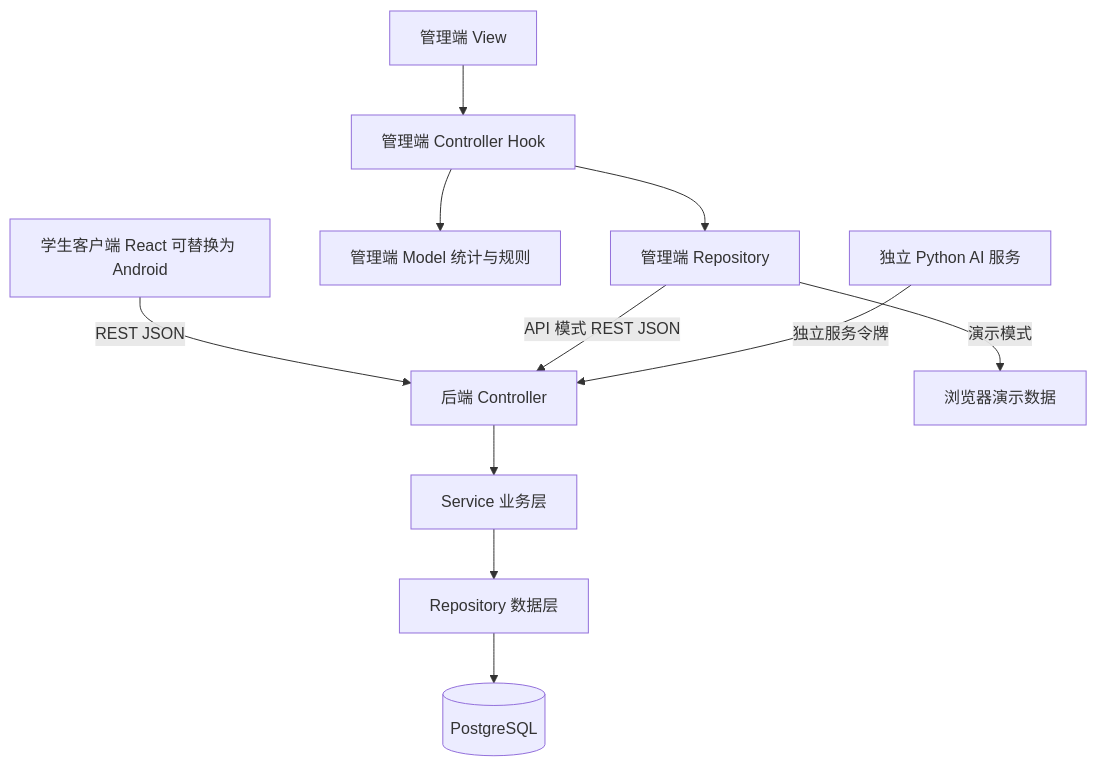
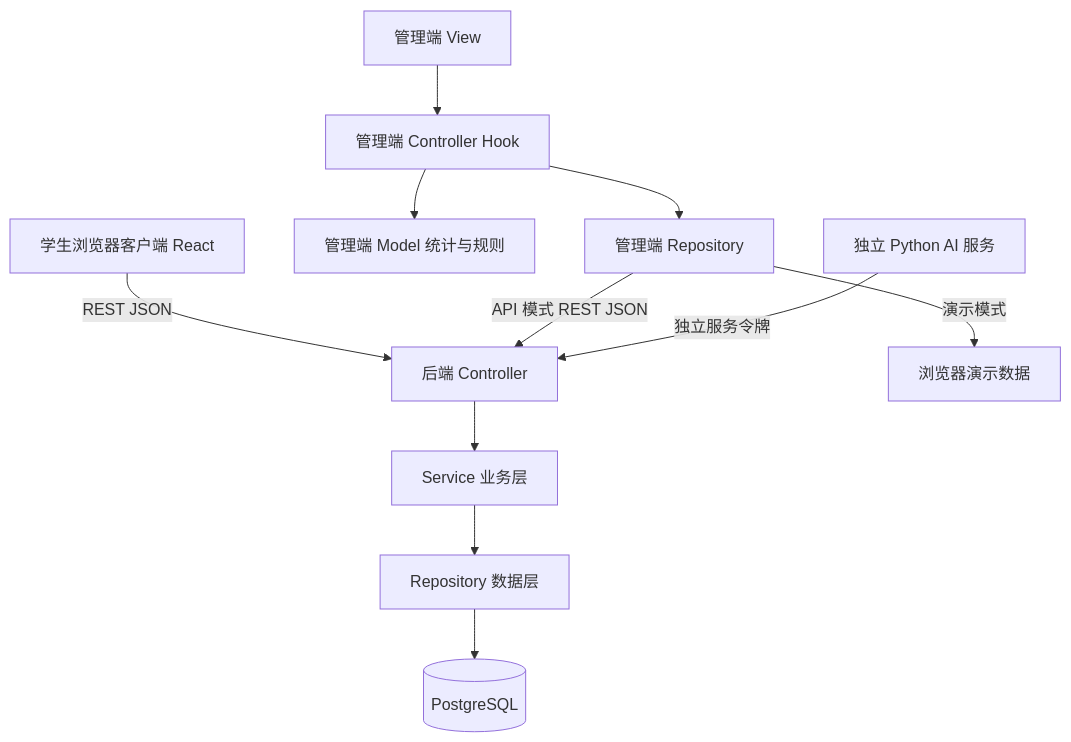
One commit to pyrrolys1ne/Emoji-Based-Classroom-Mood-Checker-System changed the diagram in docs/architecture.md. Above: the diagram before and after it, drawn with Mermaid. The commit also changed 35 other files, not shown here.

````diff
--- a/docs/architecture.md
+++ b/docs/architecture.md
@@ -5,13 +5,13 @@
 ```mermaid
 flowchart TD
-  A[学生客户端 React 可替换为 Android] -->|REST JSON| API[后端 Controller]
+  A[学生浏览器客户端 React] -->|REST JSON| API[后端 Controller]
   B[管理端 View] --> C[管理端 Controller Hook]
   C --> M[管理端 Model 统计与规则]
   C --> R[管理端 Repository]
   R -->|演示模式| DEMO[浏览器演示数据]
   R -->|API 模式 REST JSON| API
   AI[独立 Python AI 服务] -->|独立服务令牌| API
   API --> S[Service 业务层]
   S --> DBR[Repository 数据层]
   DBR --> PG[(PostgreSQL)]
 ```
````
